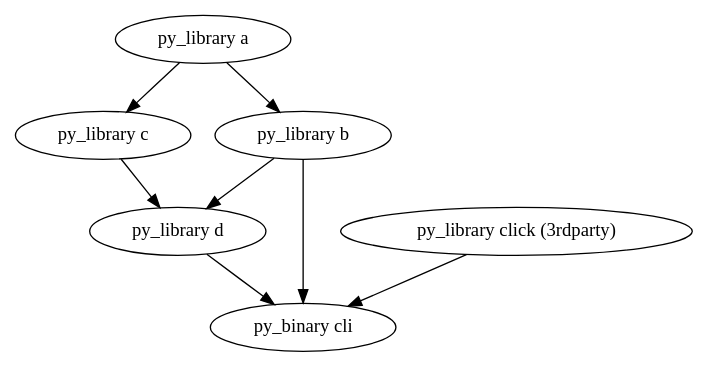
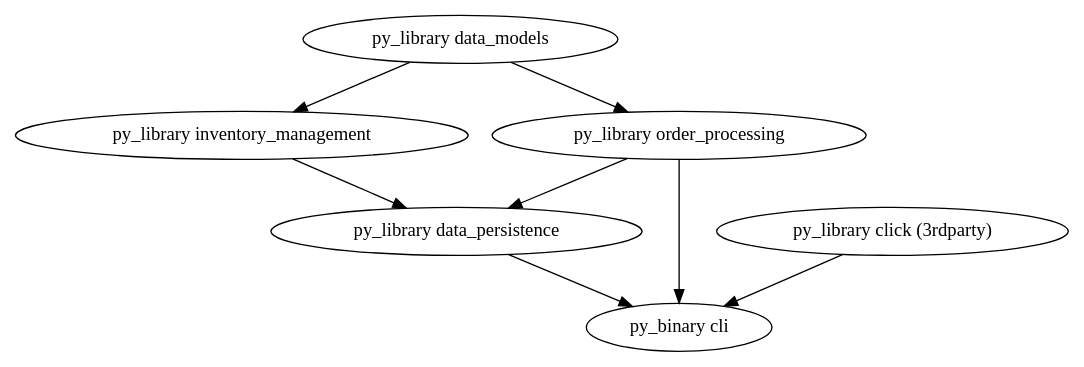
The diagram in py_mypy/README.md (aspect-build/bazel-examples), drawn with Graphviz before and after one commit. The commit also changed other lines of this file and 11 other files, not shown here.

````diff
--- a/py_mypy/README.md
+++ b/py_mypy/README.md
@@ -28,22 +28,18 @@
 ```dot
 digraph G {
-  a [label="py_library a"];
-  b [label="py_library b"];
-  c [label="py_library c"];
-  d [label="py_library d"];
+  data_models [label="py_library data_models"];
+  order_processing [label="py_library order_processing"];
+  inventory_management [label="py_library inventory_management"];
+  data_persistence [label="py_library data_persistence"];
   click [label="py_library click (3rdparty)"];
   cli [label="py_binary cli"];
-  
-  a -> b;
-  
-  a -> c;
-  
-  c -> d;
-  b -> d;
-  
-  b -> cli;
-  d -> cli;
-  
+
+  data_models -> order_processing;
+  data_models -> inventory_management;
+  inventory_management -> data_persistence;
+  order_processing -> data_persistence;
+  order_processing -> cli;
+  data_persistence -> cli;
   click -> cli;
 }
 ```
````
